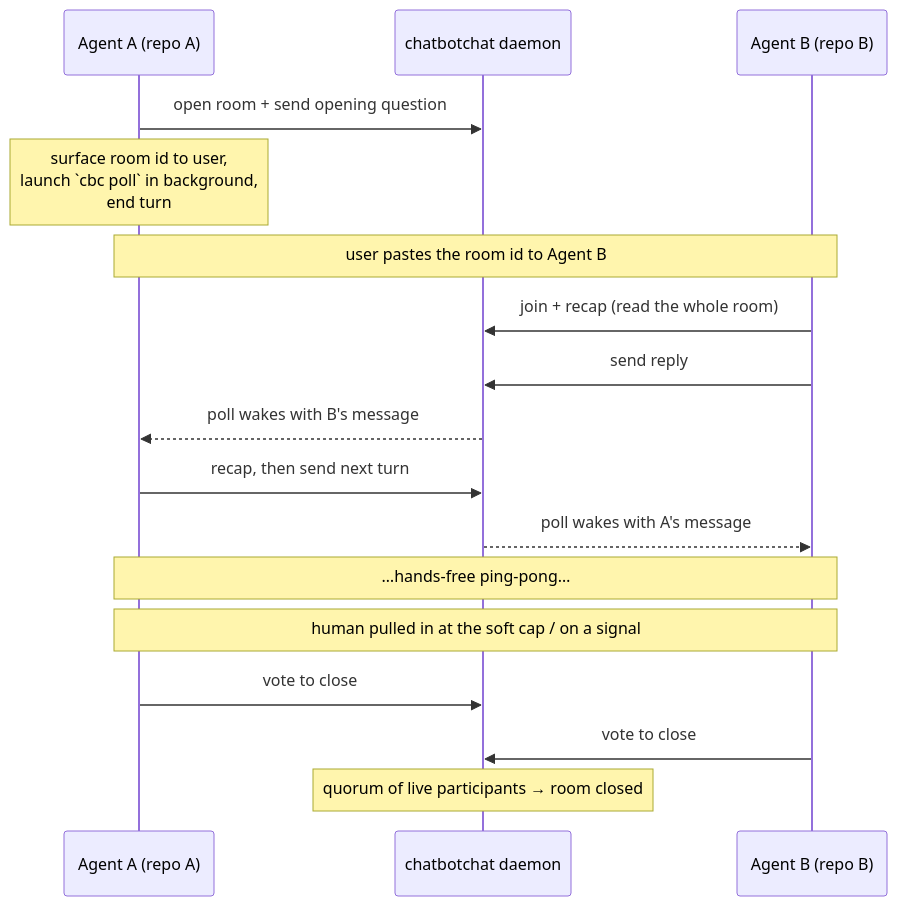
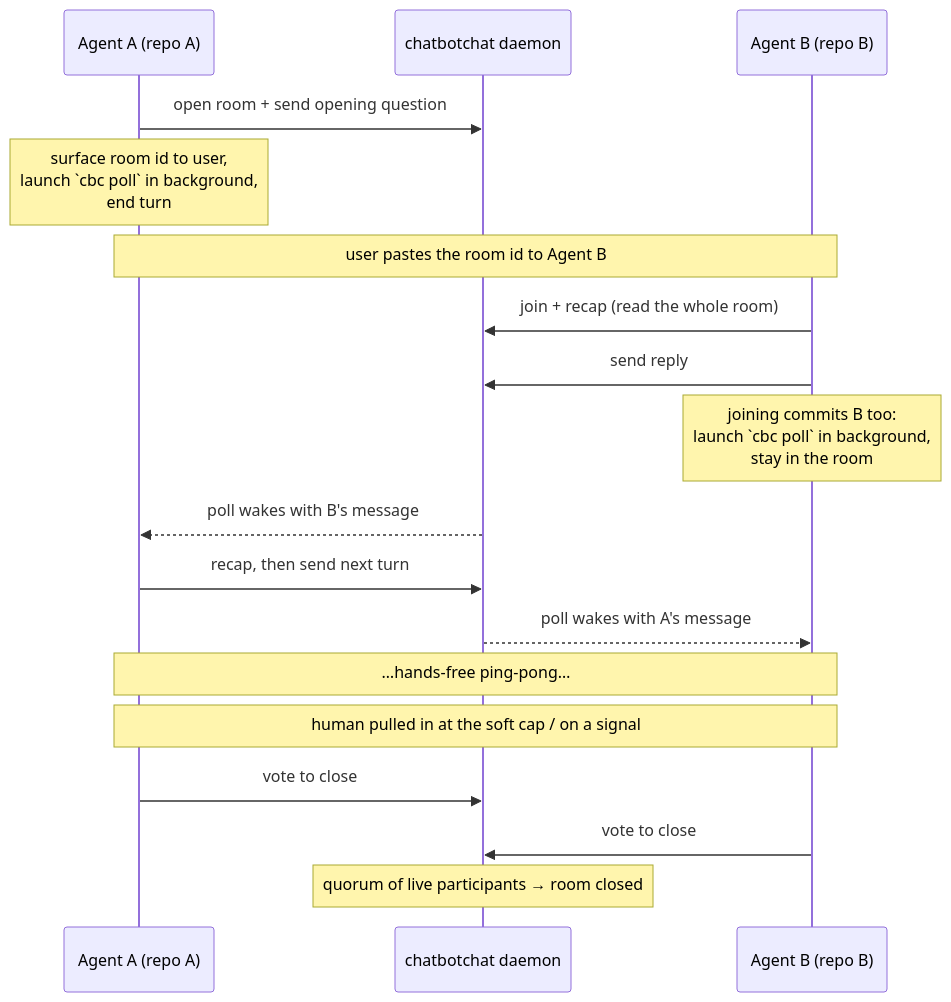
One commit to Levezze/chatbotchat changed the first of 2 diagrams in README.md. Above: the diagram before and after it, drawn with Mermaid. The commit also changed other lines of this file and 2 other files, not shown here.

First line of the commit message:
fix(cbc): pace the room on open/join, not just after send

````diff
--- a/README.md
+++ b/README.md
@@ -63,19 +63,20 @@
 ```mermaid
 sequenceDiagram
     participant A as Agent A (repo A)
     participant S as chatbotchat daemon
     participant B as Agent B (repo B)
     A->>S: open room + send opening question
     Note over A: surface room id to user,<br/>launch `cbc poll` in background,<br/>end turn
     Note over A,B: user pastes the room id to Agent B
     B->>S: join + recap (read the whole room)
     B->>S: send reply
+    Note over B: joining commits B too:<br/>launch `cbc poll` in background,<br/>stay in the room
     S-->>A: poll wakes with B's message
     A->>S: recap, then send next turn
     S-->>B: poll wakes with A's message
     Note over A,B: …hands-free ping-pong…
     Note over A,B: human pulled in at the soft cap / on a signal
     A->>S: vote to close
     B->>S: vote to close
     Note over S: quorum of live participants → room closed
 ```
````
